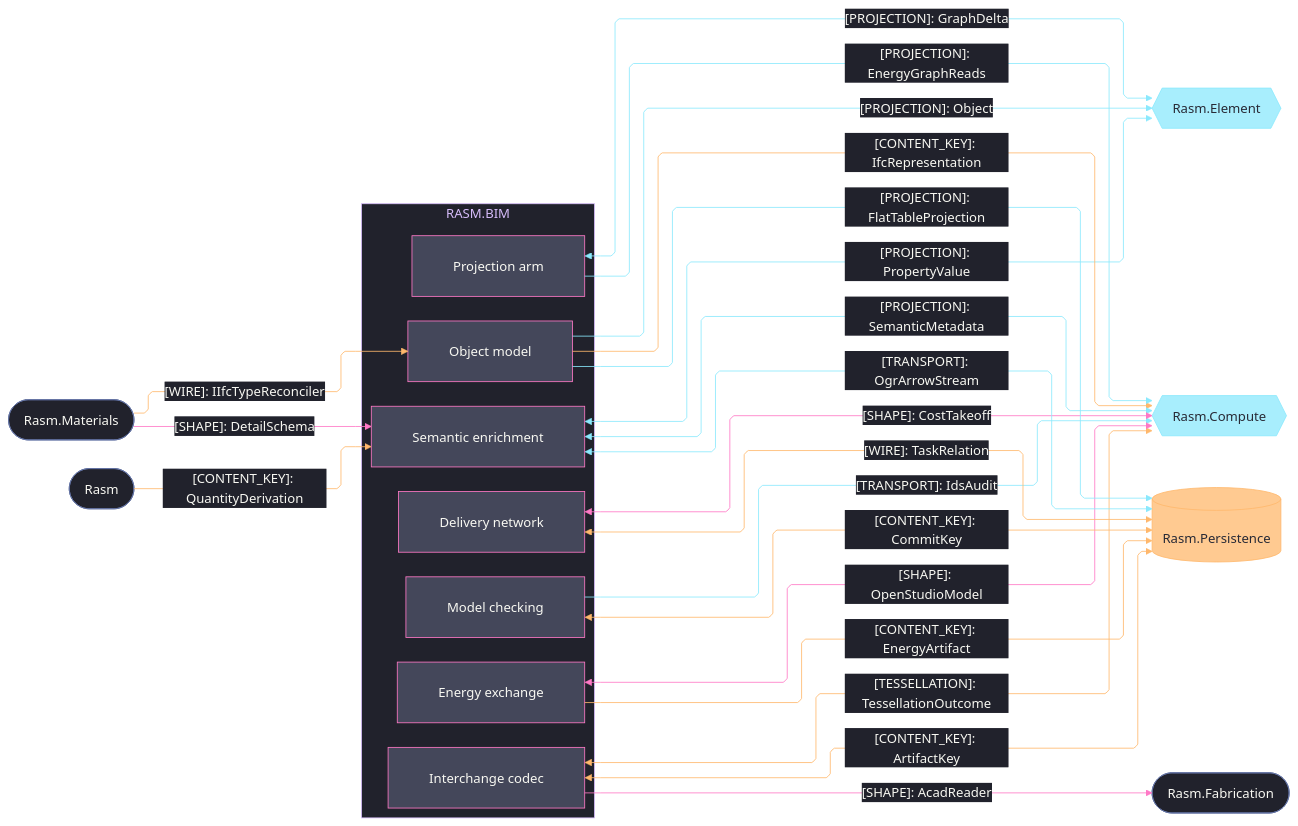
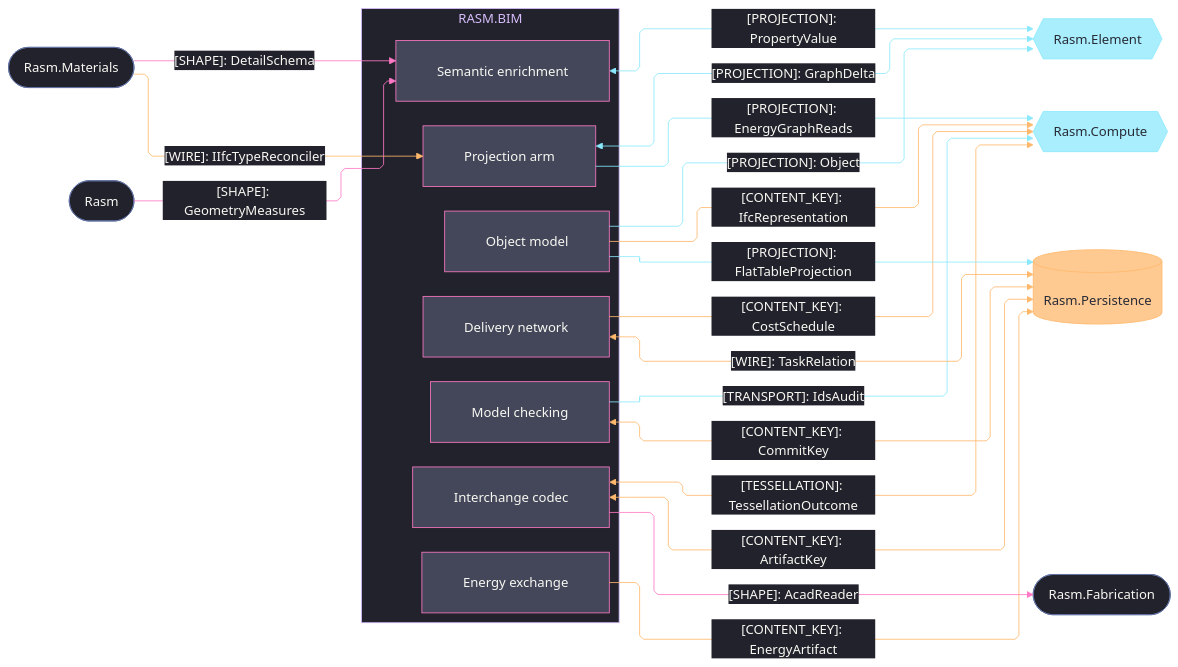
Before and after one commit to bsamiee/Rasm: the second of 3 diagrams in libs/csharp/Rasm.Bim/ARCHITECTURE.md, drawn with Mermaid. The commit also changed other lines of this file and 24 other files, not shown here.

Commit message:
architecture: seam registries + codemaps aligned across the estate (worker fabric edges, scene rows, csharp/ts seam mirrors)

````diff
--- a/libs/csharp/Rasm.Bim/ARCHITECTURE.md
+++ b/libs/csharp/Rasm.Bim/ARCHITECTURE.md
@@ -55,80 +139,77 @@
 ```mermaid
 ---
 config:
   theme: base
   look: classic
   layout: elk
   flowchart:
     curve: linear
     padding: 25
   themeVariables:
     darkMode: true
     fontFamily: "SF Mono, Menlo, Cascadia Mono, Segoe UI Mono, Consolas, monospace"
     useGradient: false
     dropShadow: "none"
     background: "#282A36"
     primaryColor: "#44475A"
     primaryTextColor: "#F8F8F2"
     primaryBorderColor: "#BD93F9"
     lineColor: "#FF79C6"
     textColor: "#F8F8F2"
     clusterBkg: "#21222C"
     clusterBorder: "#D6BCFA"
     edgeLabelBackground: "#21222C"
     labelBackgroundColor: "#21222C"
     titleColor: "#D6BCFA"
   themeCSS: ".nodeLabel{font-size:13px;font-weight:500}.edgeLabel{font-size:12px;font-weight:500}.cluster-label .nodeLabel{font-size:13.5px;font-weight:700;letter-spacing:.08em}.edge-thickness-normal{stroke-width:2px}.edge-thickness-thick{stroke-width:3px}.edge-pattern-dashed,.edge-pattern-dotted{stroke-width:1.5px;stroke-dasharray:4 6}.node rect,.node circle,.node polygon,.node path,.node .outer-path{stroke-width:1.5px;filter:none!important}.cluster rect{stroke-width:1px!important;stroke-dasharray:5 4!important;filter:none!important}.marker path{transform:scale(.8);transform-origin:5px 5px}.marker circle{transform:scale(.48);transform-origin:5px 5px}.edgeLabel rect{transform-box:fill-box;transform-origin:center;transform:scale(1.1,1.2)}"
 ---
 flowchart LR
     accTitle: Bim same-branch domain and storage seams
     accDescr: Bim sub-domain owners exchanging projections, content keys, and tessellation with the AEC peers Element, Materials, Fabrication, the kernel, Compute, and Persistence, edge rails colored by kind and nodes classed by seam direction.
     subgraph bim[RASM.BIM]
         Projection[Projection arm]
         Model[Object model]
         Semantics[Semantic enrichment]
         Exchange[Interchange codec]
         Review[Model checking]
         Energy[Energy exchange]
         Planning[Delivery network]
     end
     Element{{Rasm.Element}}
     Compute{{Rasm.Compute}}
     Persistence[(Rasm.Persistence)]
     Materials([Rasm.Materials])
     Fabrication([Rasm.Fabrication])
     Rasm([Rasm])
     Projection e1@<-->|"[PROJECTION]: GraphDelta"| Element
     Model e2@-->|"[PROJECTION]: Object"| Element
     Semantics e3@<-->|"[PROJECTION]: PropertyValue"| Element
-    Materials e4@-->|"[WIRE]: IIfcTypeReconciler"| Model
+    Materials e4@-->|"[WIRE]: IIfcTypeReconciler"| Projection
     Materials e5@-->|"[SHAPE]: DetailSchema"| Semantics
     Exchange e6@-->|"[SHAPE]: AcadReader"| Fabrication
-    Rasm e7@-->|"[CONTENT_KEY]: QuantityDerivation"| Semantics
+    Rasm e7@-->|"[SHAPE]: GeometryMeasures"| Semantics
     Model e8@-->|"[CONTENT_KEY]: IfcRepresentation"| Compute
-    Semantics e9@<-->|"[PROJECTION]: SemanticMetadata"| Compute
     Exchange e10@<-->|"[TESSELLATION]: TessellationOutcome"| Compute
     Review e11@-->|"[TRANSPORT]: IdsAudit"| Compute
-    Energy e12@<-->|"[SHAPE]: OpenStudioModel"| Compute
     Projection e13@-->|"[PROJECTION]: EnergyGraphReads"| Compute
-    Planning e14@<-->|"[SHAPE]: CostTakeoff"| Compute
+    Planning e14@-->|"[CONTENT_KEY]: CostSchedule"| Compute
     Model e15@-->|"[PROJECTION]: FlatTableProjection"| Persistence
     Exchange e16@<-->|"[CONTENT_KEY]: ArtifactKey"| Persistence
     Review e17@<-->|"[CONTENT_KEY]: CommitKey"| Persistence
     Energy e18@-->|"[CONTENT_KEY]: EnergyArtifact"| Persistence
-    Semantics e19@<-->|"[TRANSPORT]: OgrArrowStream"| Persistence
     Planning e20@<-->|"[WIRE]: TaskRelation"| Persistence
     classDef primary fill:#44475A,stroke:#FF79C6,color:#F8F8F2
     classDef external fill:#8BE9FDBF,stroke:#8BE9FD,color:#282A36
     classDef data fill:#FFB86CBF,stroke:#FFB86C,color:#282A36
     classDef annotation fill:#21222C,stroke:#6272A4,color:#F8F8F2
     classDef edgeData stroke:#FFB86C,color:#F8F8F2
     classDef edgeExternal stroke:#8BE9FD,color:#F8F8F2
     classDef edgeControl stroke:#FF79C6,color:#F8F8F2
     class Projection,Model,Semantics,Exchange,Review,Energy,Planning primary
     class Element,Compute external
     class Persistence data
     class Materials,Fabrication,Rasm annotation
-    class e4,e7,e8,e10,e16,e17,e18,e20 edgeData
-    class e1,e2,e3,e9,e11,e13,e15,e19 edgeExternal
-    class e5,e6,e12,e14 edgeControl
+    class e4,e8,e10,e14,e16,e17,e18,e20 edgeData
+    class e1,e2,e3,e11,e13,e15 edgeExternal
+    class e5,e6,e7 edgeControl
 ```
````
